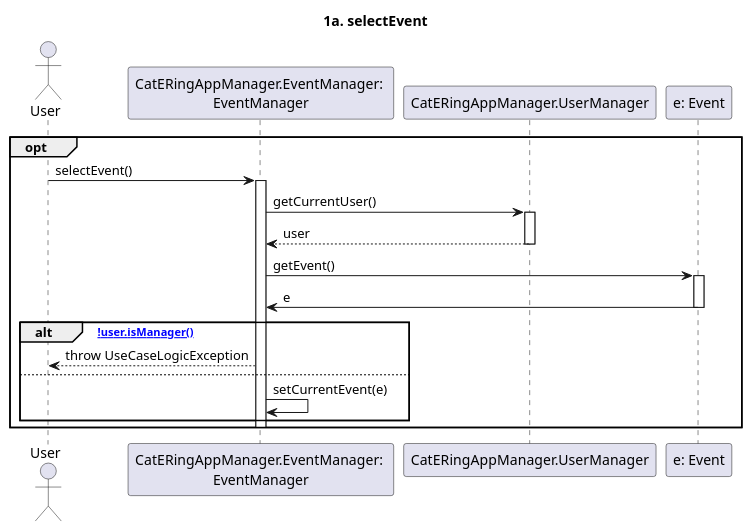
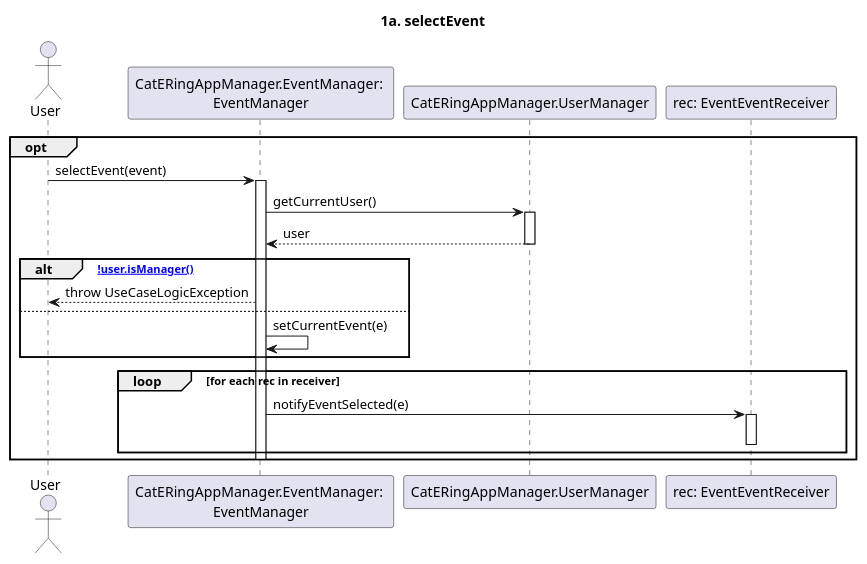
The diagram in dsd/dsd-eventi/estensioniEcc/1a-selectEventToModify.md (m0canu1/sas), drawn with PlantUML before and after one commit.

Commit message:
prima estensione

````diff
--- a/dsd/dsd-eventi/estensioniEcc/1a-selectEventToModify.md
+++ b/dsd/dsd-eventi/estensioniEcc/1a-selectEventToModify.md
@@ -1,31 +1,33 @@
 ```plantuml
 
 title: 1a. selectEvent
 
 Actor  User
 Participant "CatERingAppManager.EventManager: \nEventManager"  as EM
 Participant "CatERingAppManager.UserManager" as UM
-
+Participant "rec: EventEventReceiver" as EER
 opt
-	User -> EM: selectEvent()
+	User -> EM: selectEvent(event)
 	Activate EM
 
 	EM -> UM: getCurrentUser()
 	Activate UM
 	    
 	UM --> EM: user
 	Deactivate UM
 
-	EM -> "e: Event": getEvent()
-	Activate "e: Event"
-	"e: Event" -> EM: e
-	Deactivate "e: Event"
-
 	alt [!user.isManager()]
 	    EM --> User: throw UseCaseLogicException
 	else
 	    EM -> EM: setCurrentEvent(e)
 	end
+
+    loop for each rec in receiver
+        EM -> EER: notifyEventSelected(e)
+        Activate EER
+        Deactivate EER
+    end
+
 	Deactivate EM
 end
 ```
````
